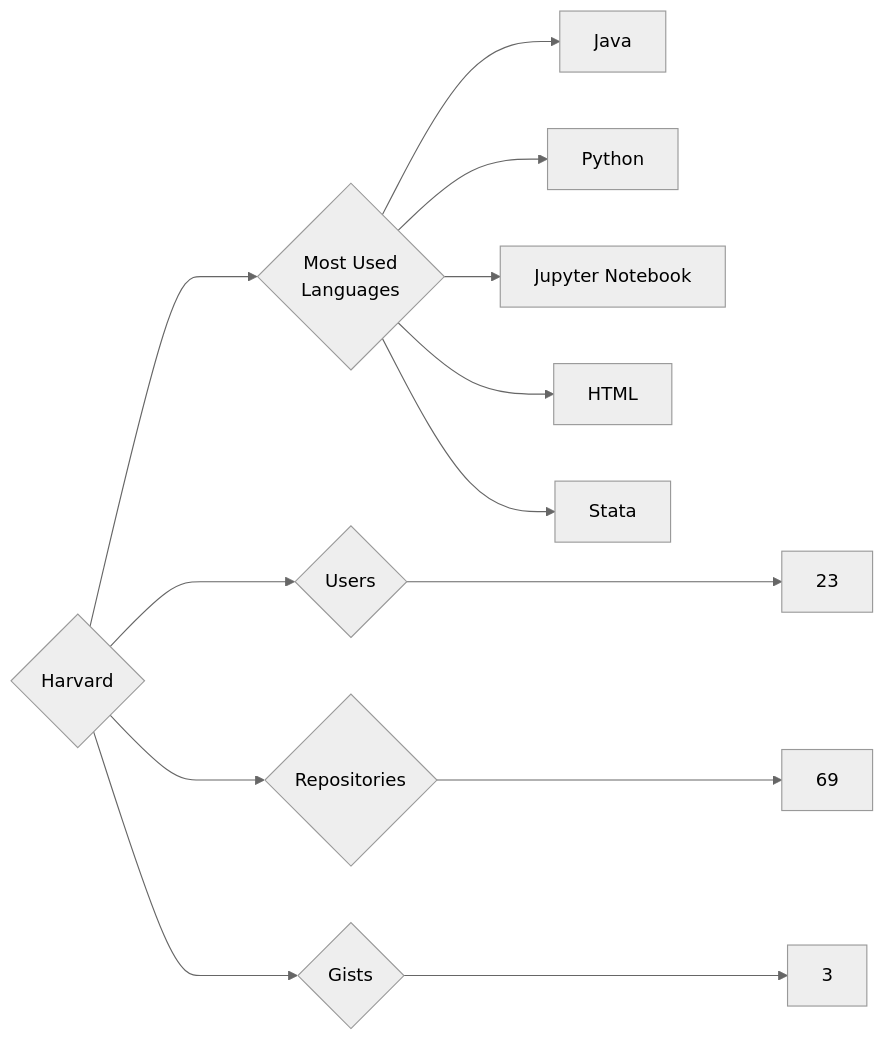
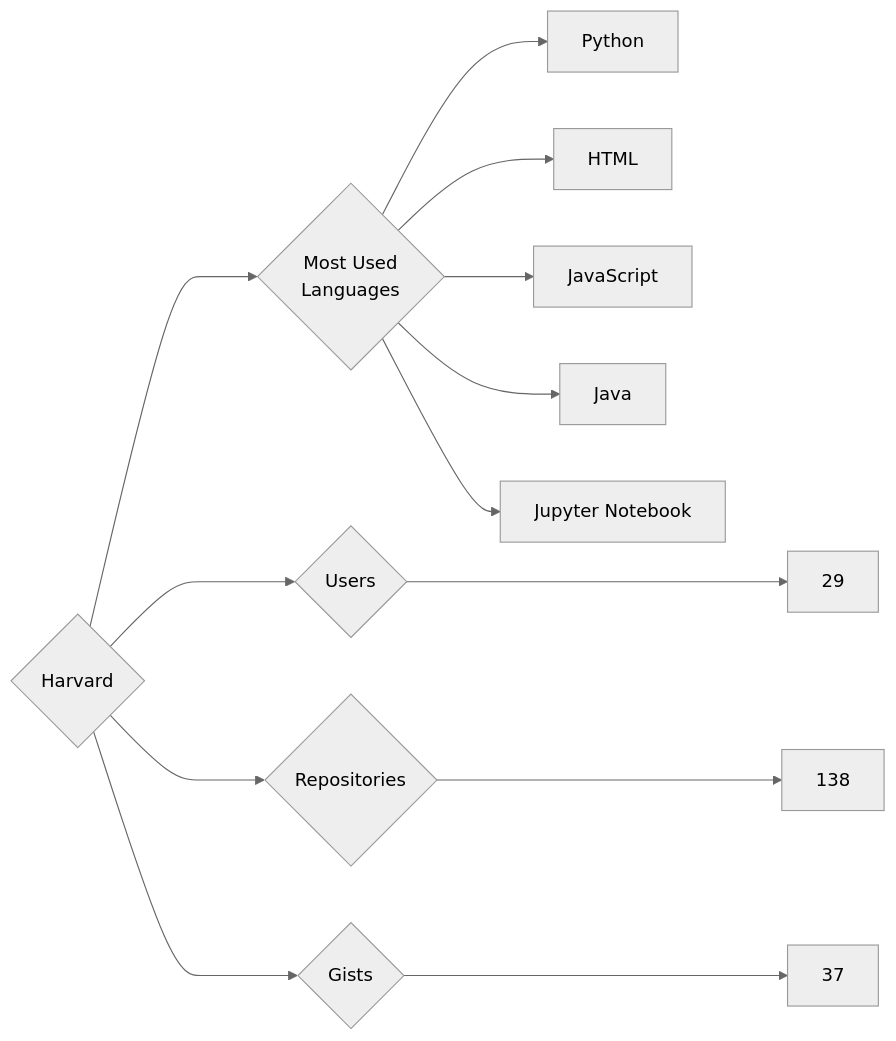
One commit to trickest/insiders changed the diagram in targets/Harvard/README.md. Above: the diagram before and after it, drawn with Mermaid (neutral theme). The commit also changed 682 other files, not shown here.

````diff
--- a/targets/Harvard/README.md
+++ b/targets/Harvard/README.md
@@ -3,13 +3,13 @@
 ```mermaid
 graph LR
 COMPANY_NAME{Harvard}
-COMPANY_NAME ---> U{Users} ---> UN[23]
-COMPANY_NAME ---> R{Repositories} ---> RN[69]
-COMPANY_NAME ---> G{Gists} ---> GN[3]
+COMPANY_NAME ---> U{Users} ---> UN[29]
+COMPANY_NAME ---> R{Repositories} ---> RN[138]
+COMPANY_NAME ---> G{Gists} ---> GN[37]
 COMPANY_NAME ---> ML{Most Used<br>Languages}
+ML --> Python[Python]
+ML --> HTML[HTML]
+ML --> JavaScript[JavaScript]
 ML --> Java[Java]
-ML --> Python[Python]
 ML --> Jupyter_Notebook[Jupyter Notebook]
-ML --> HTML[HTML]
-ML --> Stata[Stata]
 ```
````
